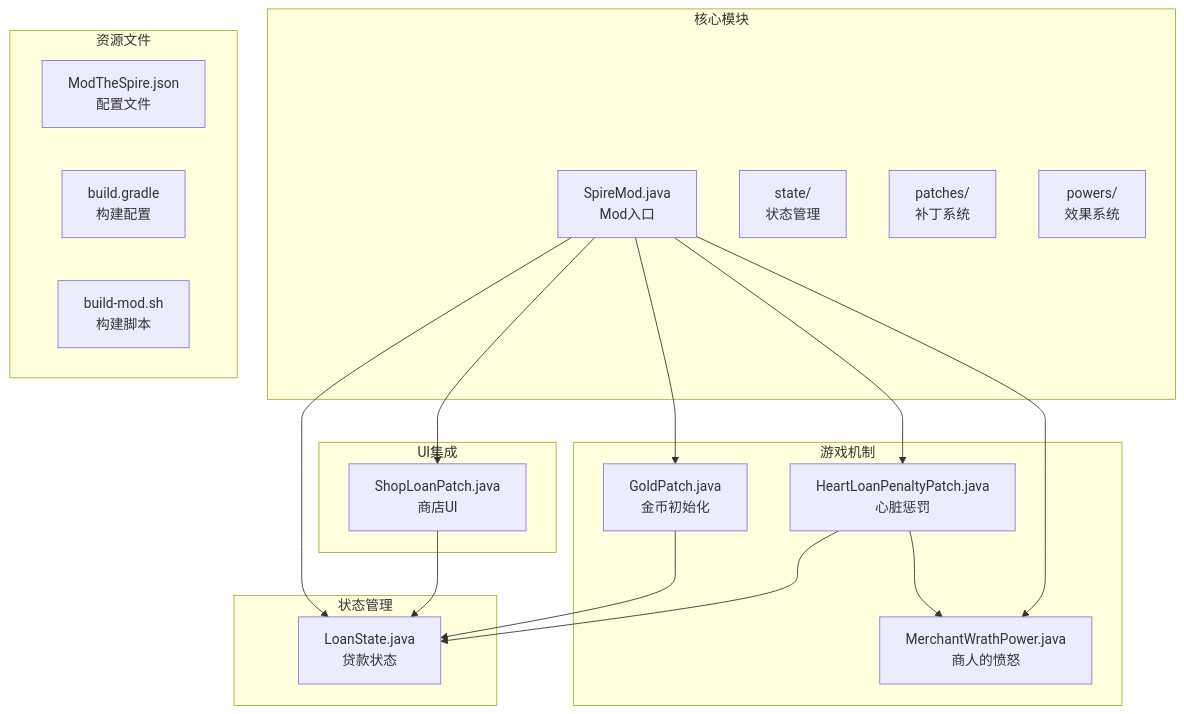
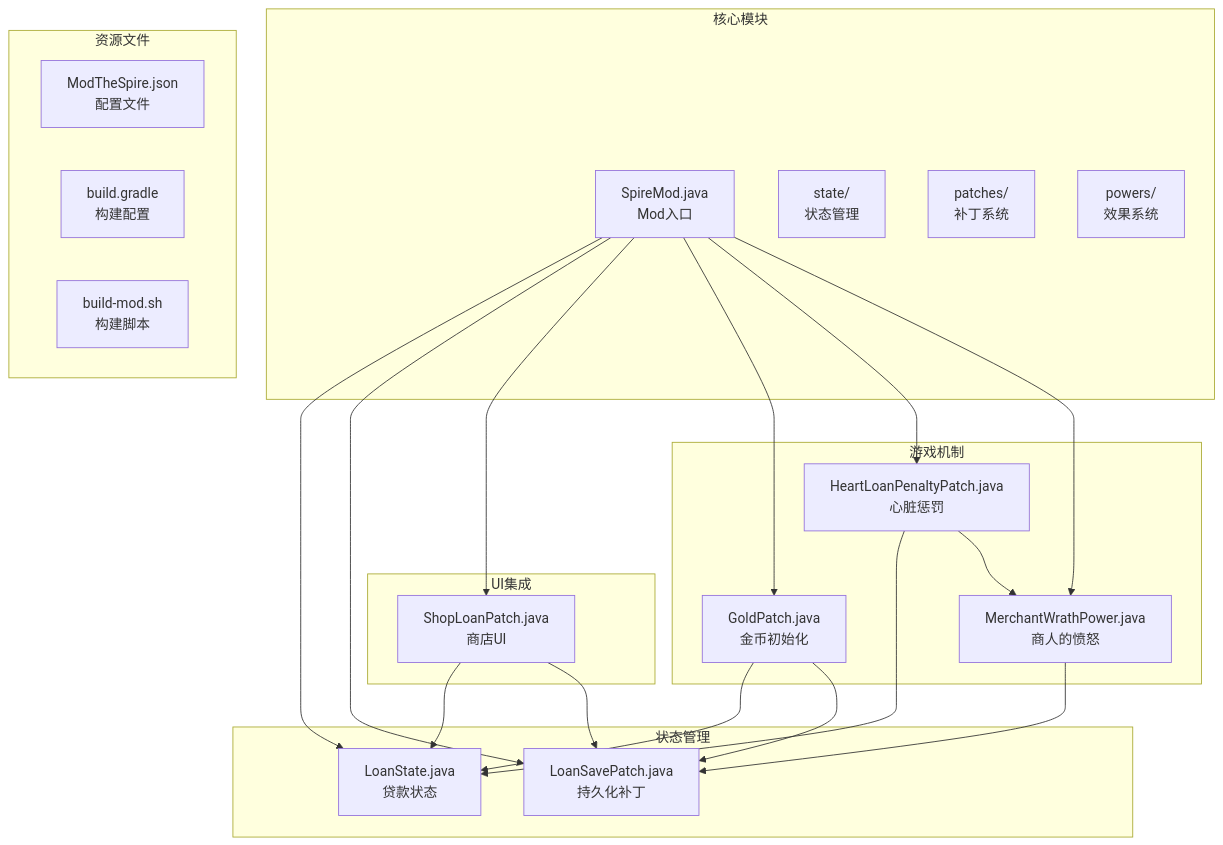
One commit to StephenZhuang/SpireMod changed the first of 9 diagrams in .qoder/repowiki/zh/content/状态管理.md. Above: the diagram before and after it, drawn with Mermaid. The commit also changed other lines of this file and 35 other files, not shown here.

````diff
--- a/.qoder/repowiki/zh/content/状态管理.md
+++ b/.qoder/repowiki/zh/content/状态管理.md
@@ -38,34 +49,39 @@
 ```mermaid
 graph TB
 subgraph "核心模块"
 A[SpireMod.java<br/>Mod入口]
 B[state/<br/>状态管理]
 C[patches/<br/>补丁系统]
 D[powers/<br/>效果系统]
 end
 subgraph "资源文件"
 E[ModTheSpire.json<br/>配置文件]
 F[build.gradle<br/>构建配置]
 G[build-mod.sh<br/>构建脚本]
 end
 subgraph "状态管理"
 H[LoanState.java<br/>贷款状态]
+I[LoanSavePatch.java<br/>持久化补丁]
 end
 subgraph "UI集成"
-I[ShopLoanPatch.java<br/>商店UI]
+J[ShopLoanPatch.java<br/>商店UI]
 end
 subgraph "游戏机制"
-J[GoldPatch.java<br/>金币初始化]
-K[HeartLoanPenaltyPatch.java<br/>心脏惩罚]
-L[MerchantWrathPower.java<br/>商人的愤怒]
+K[GoldPatch.java<br/>金币初始化]
+L[HeartLoanPenaltyPatch.java<br/>心脏惩罚]
+M[MerchantWrathPower.java<br/>商人的愤怒]
 end
 A --> H
 A --> I
 A --> J
 A --> K
 A --> L
-I --> H
+A --> M
 J --> H
+J --> I
 K --> H
-K --> L
+K --> I
+L --> H
+L --> M
+M --> I
 ```
````
